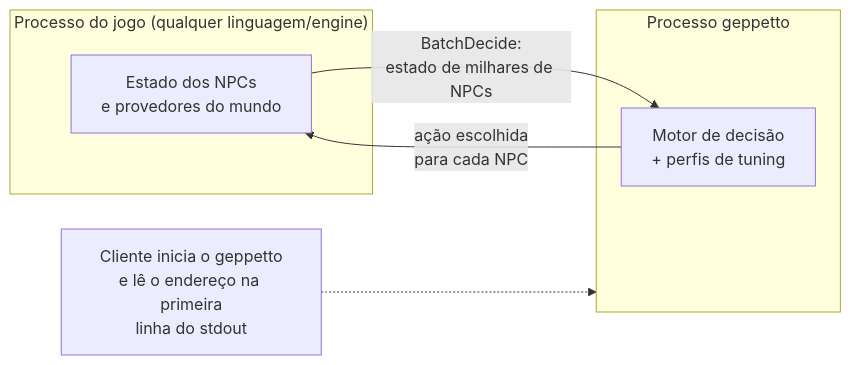
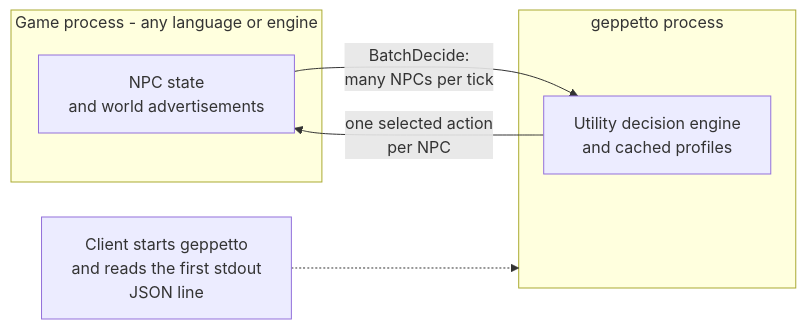
One commit to Otoru/geppetto changed the second of 2 diagrams in README.md. Above: the diagram before and after it, drawn with Mermaid. The commit also changed other lines of this file and 33 other files, not shown here.

````diff
--- a/README.md
+++ b/README.md
@@ -77,12 +34,12 @@
 ```mermaid
 flowchart LR
-    subgraph jogo["Processo do jogo (qualquer linguagem/engine)"]
-        S[Estado dos NPCs<br/>e provedores do mundo]
+    subgraph game[Game process - any language or engine]
+        S[NPC state<br/>and world advertisements]
     end
-    subgraph srv["Processo geppetto"]
-        E[Motor de decisão<br/>+ perfis de tuning]
+    subgraph service[geppetto process]
+        E[Utility decision engine<br/>and cached profiles]
     end
-    S -->|"BatchDecide:<br/>estado de milhares de NPCs"| E
-    E -->|"ação escolhida<br/>para cada NPC"| S
-    J[Cliente inicia o geppetto<br/>e lê o endereço na primeira<br/>linha do stdout] -.-> srv
+    S -->|BatchDecide:<br/>many NPCs per tick| E
+    E -->|one selected action<br/>per NPC| S
+    J[Client starts geppetto<br/>and reads the first stdout<br/>JSON line] -.-> service
 ```
````
